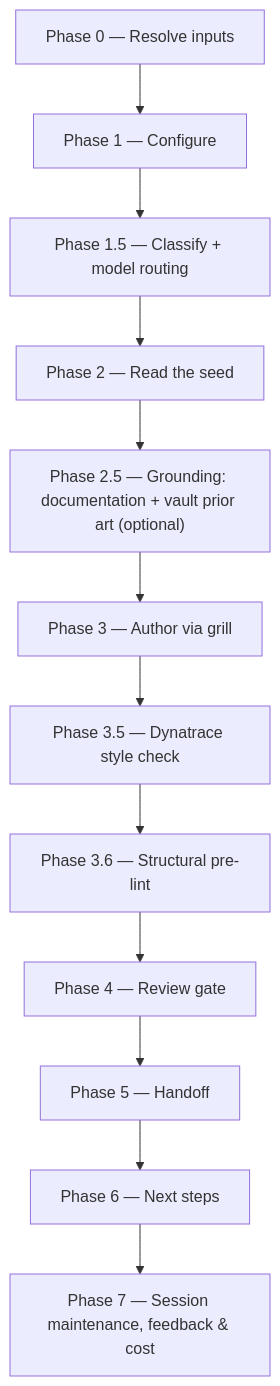
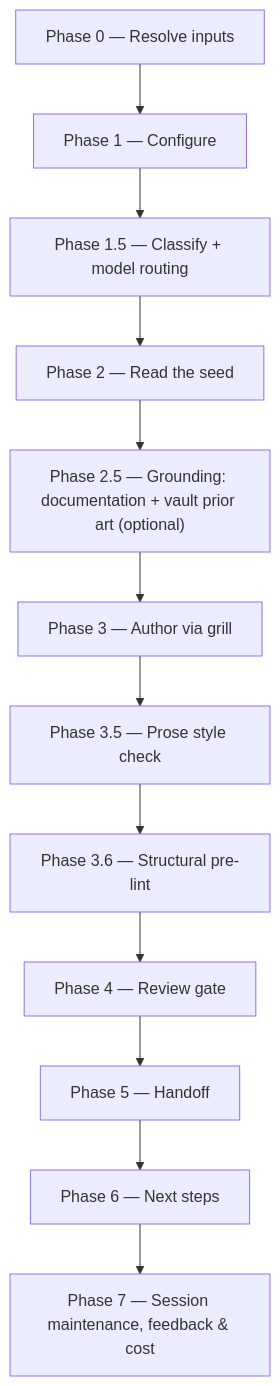
One commit to ihudak/ihudak-claude-plugins changed the diagram in plugins/dev-workflows/docs/commands/create-vi.md. Above: the diagram before and after it, drawn with Mermaid. The commit also changed other lines of this file and 103 other files, not shown here.

````diff
--- a/plugins/dev-workflows/docs/commands/create-vi.md
+++ b/plugins/dev-workflows/docs/commands/create-vi.md
@@ -23,14 +23,14 @@
 ```mermaid
 flowchart TD
     p0["Phase 0 — Resolve inputs"] --> p1["Phase 1 — Configure"]
     p1 --> p15["Phase 1.5 — Classify + model routing"]
     p15 --> p2["Phase 2 — Read the seed"]
     p2 --> p25["Phase 2.5 — Grounding: documentation + vault prior art (optional)"]
     p25 --> p3["Phase 3 — Author via grill"]
-    p3 --> p35["Phase 3.5 — Dynatrace style check"]
+    p3 --> p35["Phase 3.5 — Prose style check"]
     p35 --> p36["Phase 3.6 — Structural pre-lint"]
     p36 --> p4["Phase 4 — Review gate"]
     p4 --> p5["Phase 5 — Handoff"]
     p5 --> p6["Phase 6 — Next steps"]
     p6 --> p7["Phase 7 — Session maintenance, feedback & cost"]
 ```
````
